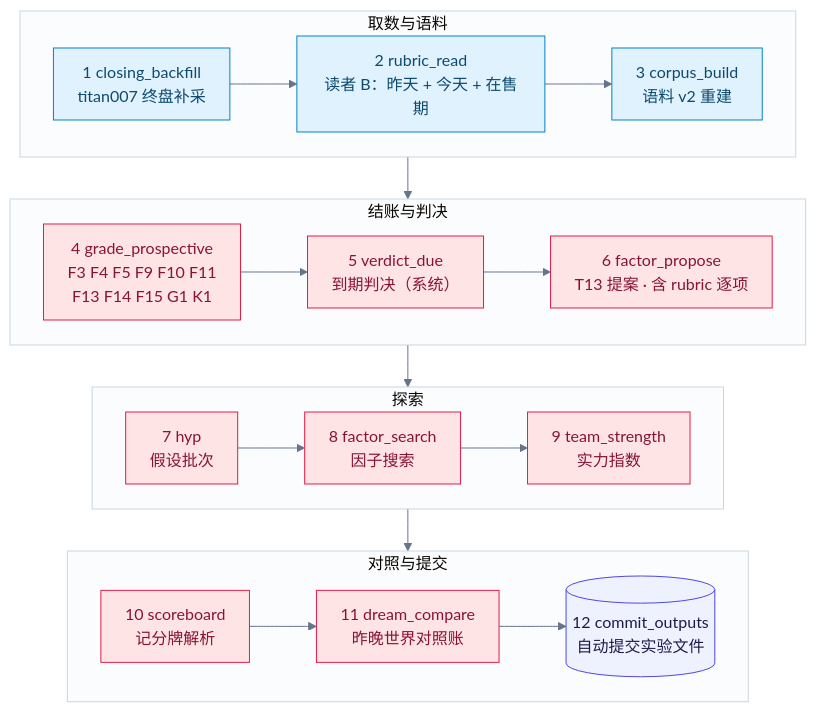
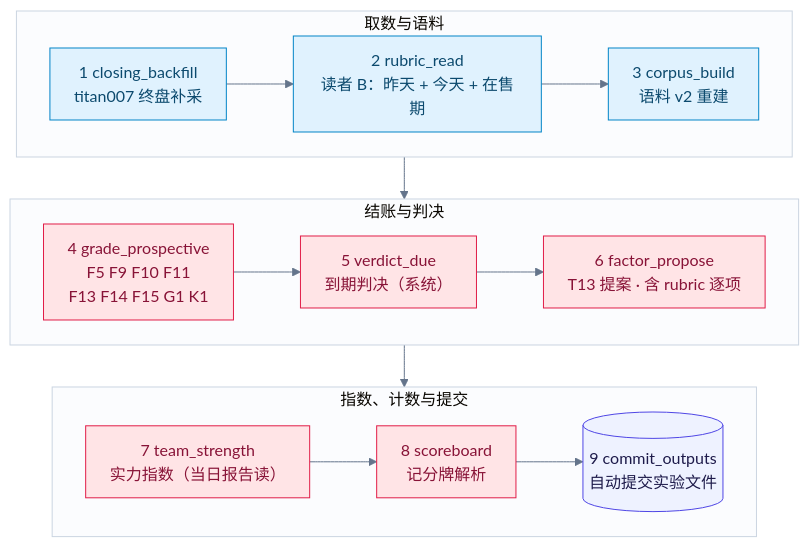
Before and after one commit to Jerenus/Nutmeg: the eighth of 10 diagrams in docs/ARCHITECTURE.md, drawn with Mermaid. The commit also changed other lines of this file and 125 other files, not shown here.

````diff
--- a/docs/ARCHITECTURE.md
+++ b/docs/ARCHITECTURE.md
@@ -418,28 +417,24 @@
 ```mermaid
 %%{init: {"theme": "base", "themeVariables": {"fontSize": "16px", "lineColor": "#64748B", "clusterBkg": "#FBFCFE", "clusterBorder": "#CBD5E1", "edgeLabelBackground": "#FFFFFF", "primaryTextColor": "#0F172A"}, "flowchart": {"curve": "basis", "padding": 12, "nodeSpacing": 30, "rankSpacing": 42}}}%%
 flowchart TB
   subgraph IN["取数与语料"]
     direction LR
     L1["1 closing_backfill<br/>titan007 终盘补采"] --> L2["2 rubric_read<br/>读者 B：昨天 + 今天 + 在售期"] --> L3["3 corpus_build<br/>语料 v2 重建"]
   end
   subgraph JUDGE["结账与判决"]
     direction LR
-    L4["4 grade_prospective<br/>F3 F4 F5 F9 F10 F11<br/>F13 F14 F15 G1 K1"] --> L5["5 verdict_due<br/>到期判决（系统）"] --> L6["6 factor_propose<br/>T13 提案 · 含 rubric 逐项"]
+    L4["4 grade_prospective<br/>F5 F9 F10 F11<br/>F13 F14 F15 G1 K1"] --> L5["5 verdict_due<br/>到期判决（系统）"] --> L6["6 factor_propose<br/>T13 提案 · 含 rubric 逐项"]
   end
-  subgraph EXPLORE["探索"]
+  subgraph CMP["指数、计数与提交"]
     direction LR
-    L7["7 hyp<br/>假设批次"] --> L8["8 factor_search<br/>因子搜索"] --> L9["9 team_strength<br/>实力指数"]
+    L7["7 team_strength<br/>实力指数（当日报告读）"] --> L8["8 scoreboard<br/>记分牌解析"] --> L9[("9 commit_outputs<br/>自动提交实验文件")]
   end
-  subgraph CMP["对照与提交"]
-    direction LR
-    L10["10 scoreboard<br/>记分牌解析"] --> L11["11 dream_compare<br/>昨晚世界对照账"] --> L12[("12 commit_outputs<br/>自动提交实验文件")]
-  end
-  IN --> JUDGE --> EXPLORE --> CMP
+  IN --> JUDGE --> CMP
 
   classDef ing fill:#E0F2FE,stroke:#0284C7,color:#0C4A6E
   classDef exp fill:#FFE4E6,stroke:#E11D48,color:#881337
   classDef store fill:#EEF2FF,stroke:#4F46E5,color:#1E1B4B
   class L1,L2,L3 ing
-  class L4,L5,L6,L7,L8,L9,L10,L11 exp
-  class L12 store
+  class L4,L5,L6,L7,L8 exp
+  class L9 store
 ```
````
